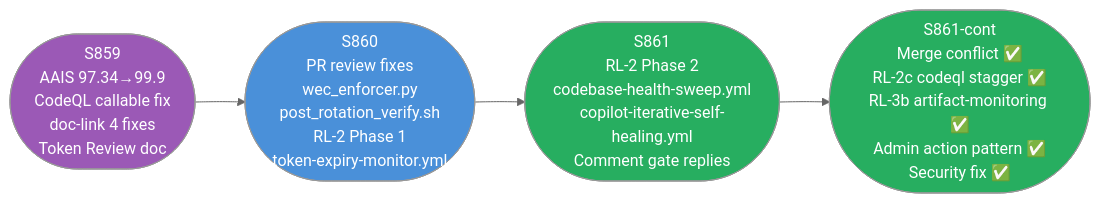
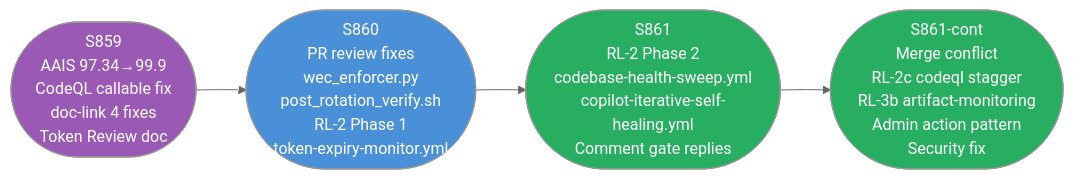
The ninth of 26 diagrams in docs/sessions/PR4346_session_diagram.md (Aries-Serpent/_codex_), drawn with Mermaid (neutral theme) before and after one commit. The commit also changed other lines of this file and 2029 other files, not shown here.

````diff
--- a/docs/sessions/PR4346_session_diagram.md
+++ b/docs/sessions/PR4346_session_diagram.md
@@ -249,13 +251,13 @@
 ```mermaid
 %%{init: {'accessibility': {'title': 'Flowchart showing "S859\nAAIS 97.34→99.9\nCodeQL callable fix\ndoc-link 4 fixes\nToken Review doc", "S860\nPR review fixes\nwec_enforcer.py\npost_rotation_verify.sh\nRL-2 Phase 1\ntoken-expiry-monitor.yml"'}}%%
 flowchart LR
     S859(["S859\nAAIS 97.34→99.9\nCodeQL callable fix\ndoc-link 4 fixes\nToken Review doc"]) --> S860
     S860(["S860\nPR review fixes\nwec_enforcer.py\npost_rotation_verify.sh\nRL-2 Phase 1\ntoken-expiry-monitor.yml"]) --> S861
     S861(["S861\nRL-2 Phase 2\ncodebase-health-sweep.yml\ncopilot-iterative-self-healing.yml\nComment gate replies"]) --> S861C
-    S861C(["S861-cont\nMerge conflict ✅\nRL-2c codeql stagger ✅\nRL-3b artifact-monitoring ✅\nAdmin action pattern ✅\nSecurity fix ✅"])
+    S861C(["S861-cont\nMerge conflict \nRL-2c codeql stagger \nRL-3b artifact-monitoring \nAdmin action pattern \nSecurity fix "])
 
     style S859 fill:#9b59b6,color:#fff
     style S860 fill:#4a90d9,color:#fff
     style S861 fill:#27ae60,color:#fff
     style S861C fill:#27ae60,color:#fff
 ```
````
